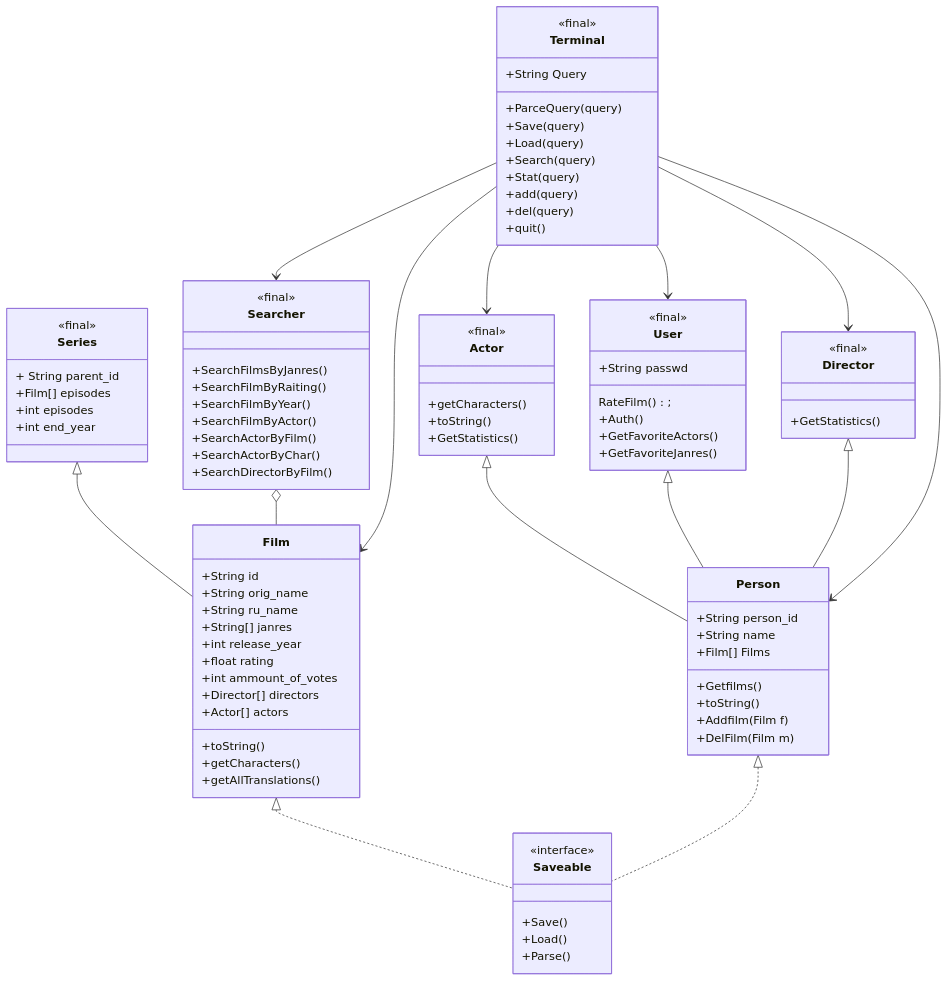
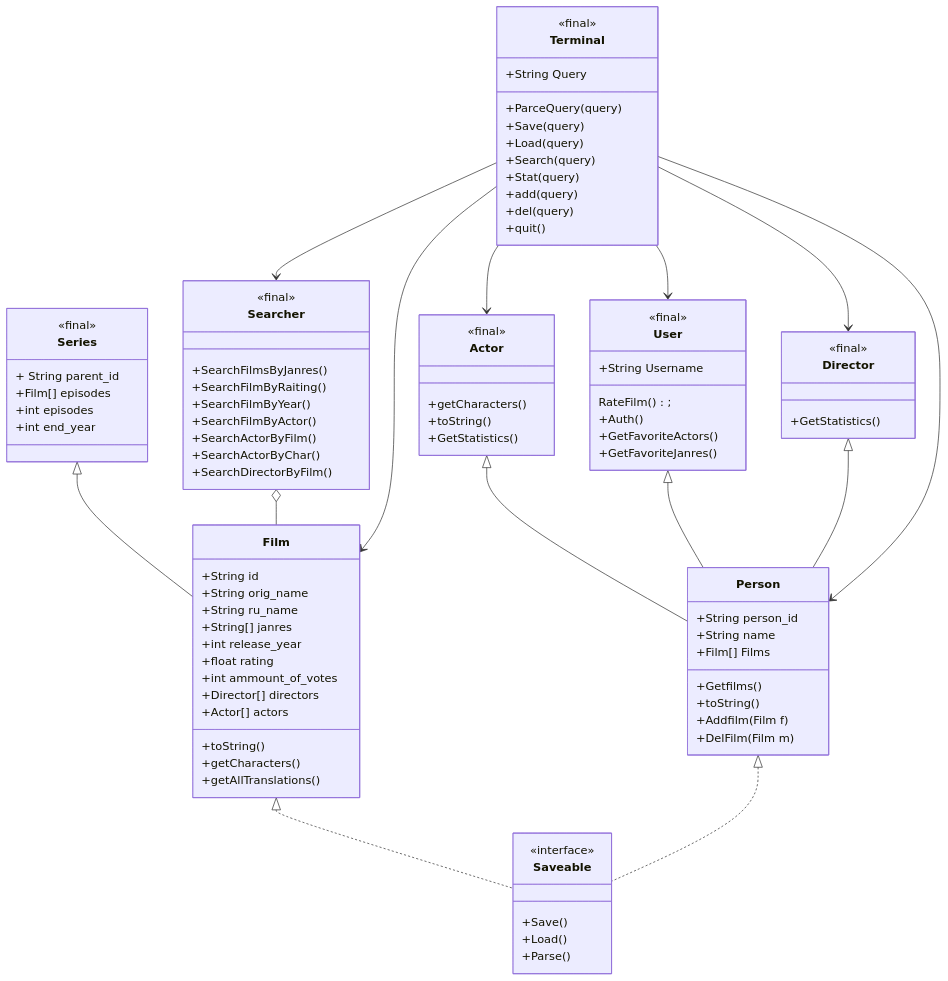
Before and after one commit to mmonastyrskiy/Programming_3_sem: the diagram in Java_OOP/Monastyrskiy/Java_project/docs/structure.md, drawn with Mermaid.

```diff
--- a/Java_OOP/Monastyrskiy/Java_project/docs/structure.md
+++ b/Java_OOP/Monastyrskiy/Java_project/docs/structure.md
@@ -77,7 +77,7 @@
     
     class User {
     <<final>>
-    +String passwd
+    +String Username
     RateFilm();
     +Auth()
     +GetFavoriteActors()
```
